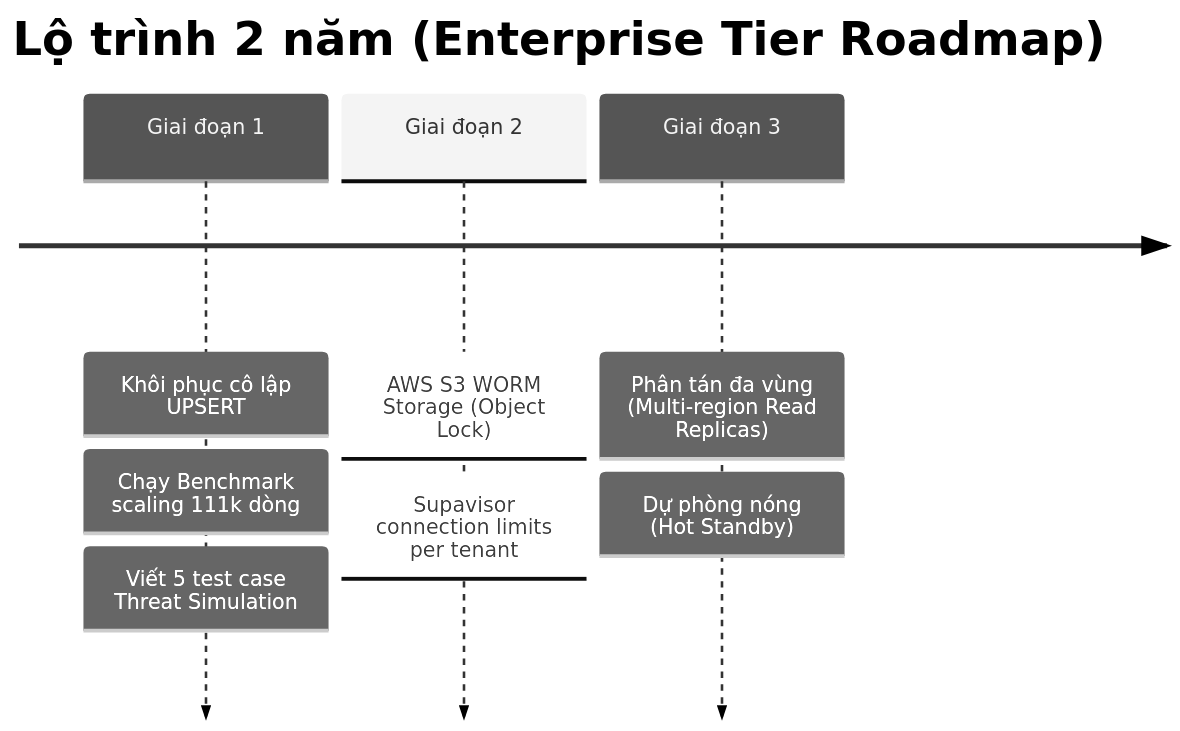
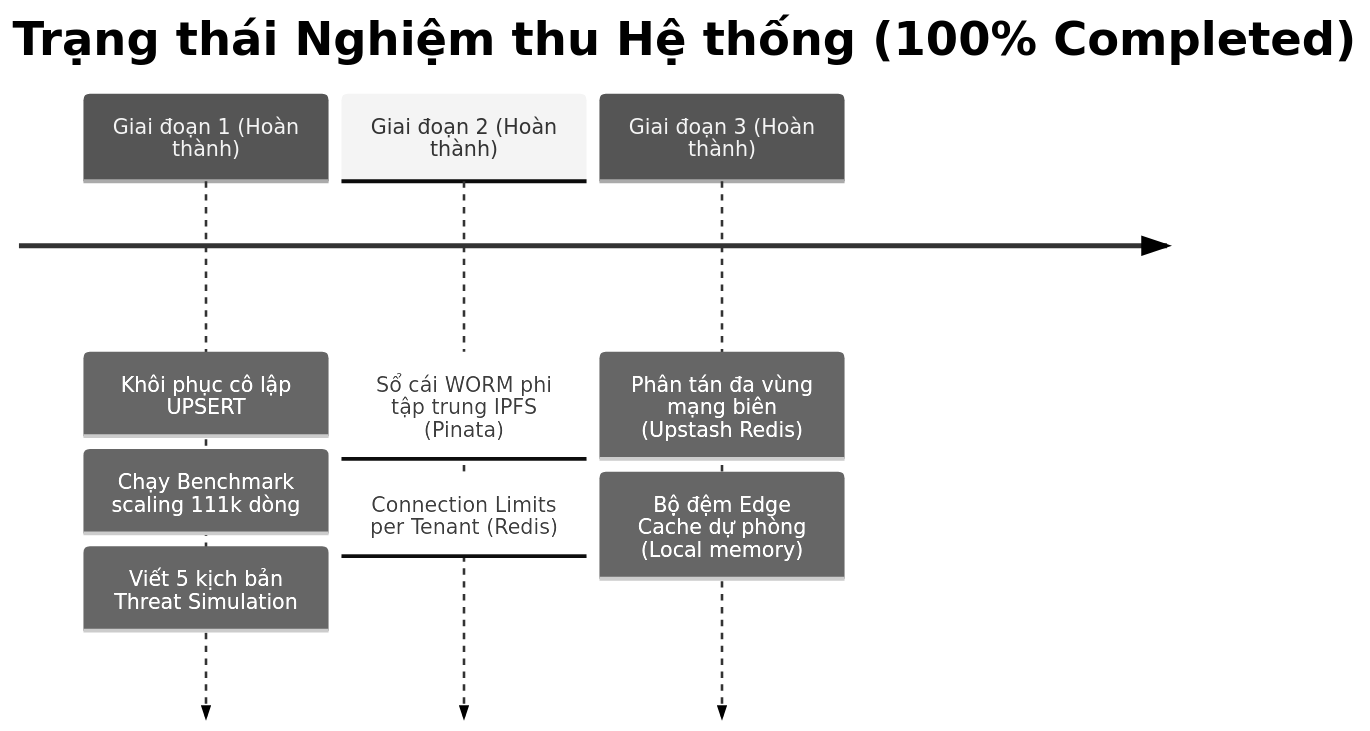
Before and after one commit to Rochthii/secure-multitenant-saas: the second of 2 diagrams in README.md, drawn with Mermaid (neutral theme). The commit also changed other lines of this file and 1 other file, not shown here.

````diff
--- a/README.md
+++ b/README.md
@@ -217,7 +217,7 @@
 ```mermaid
 timeline
-    title Lộ trình 2 năm (Enterprise Tier Roadmap)
-    Giai đoạn 1 : Khôi phục cô lập UPSERT : Chạy Benchmark scaling 111k dòng : Viết 5 test case Threat Simulation
-    Giai đoạn 2 : AWS S3 WORM Storage (Object Lock) : Supavisor connection limits per tenant
-    Giai đoạn 3 : Phân tán đa vùng (Multi-region Read Replicas) : Dự phòng nóng (Hot Standby)
+    title Trạng thái Nghiệm thu Hệ thống (100% Completed)
+    Giai đoạn 1 (Hoàn thành) : Khôi phục cô lập UPSERT : Chạy Benchmark scaling 111k dòng : Viết 5 kịch bản Threat Simulation
+    Giai đoạn 2 (Hoàn thành) : Sổ cái WORM phi tập trung IPFS (Pinata) : Connection Limits per Tenant (Redis)
+    Giai đoạn 3 (Hoàn thành) : Phân tán đa vùng mạng biên (Upstash Redis) : Bộ đệm Edge Cache dự phòng (Local memory)
 ```
````
